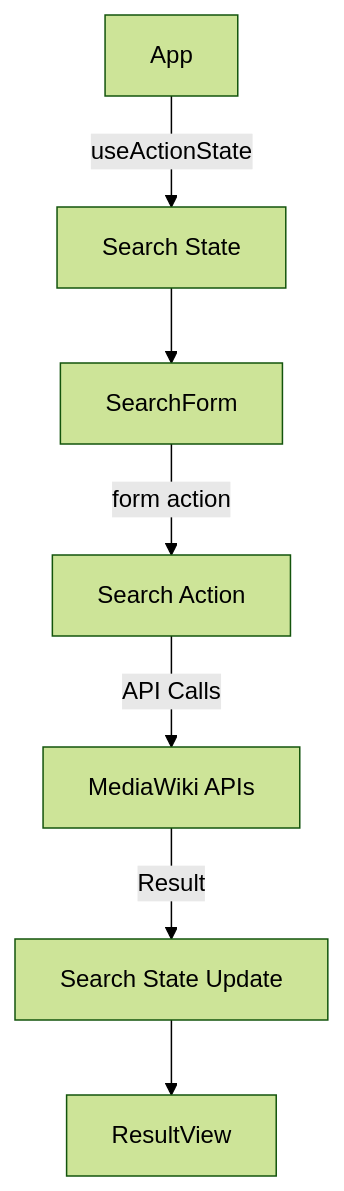
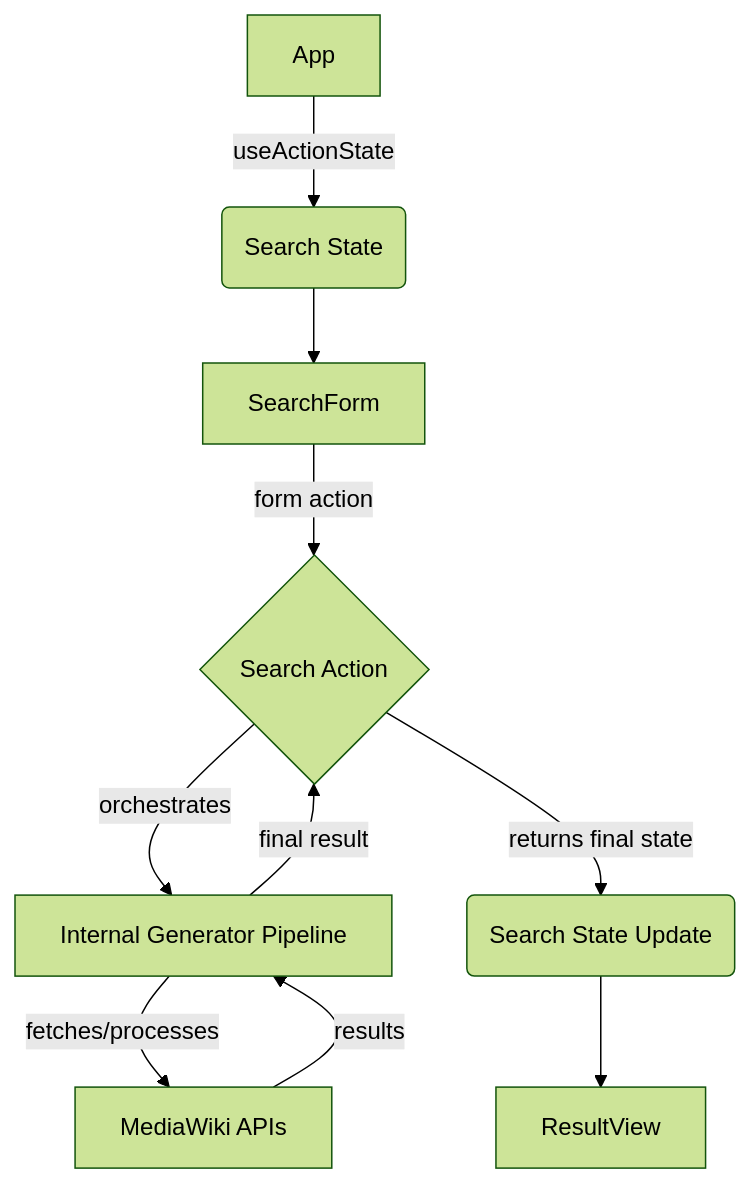
Before and after one commit to Wintus/Wikipedia-Blame: the diagram in architecture-overview.md, drawn with Mermaid (forest theme). The commit also changed other lines of this file, not shown here.

Commit message:
docs: update architecture overview with async generator

````diff
--- a/architecture-overview.md
+++ b/architecture-overview.md
@@ -29,9 +31,12 @@
 ```mermaid
 graph TD
-	A[App] -->|useActionState| B[Search State]
+	A[App] -->|useActionState| B(Search State)
 	B --> C[SearchForm]
-	C -->|form action| D[Search Action]
-	D -->|API Calls| E[MediaWiki APIs]
-	E -->|Result| F[Search State Update]
-	F --> G[ResultView]
+	C -->|form action| D{Search Action}
+	D -->|orchestrates| E[Internal Generator Pipeline]
+	E -->|fetches/processes| F[MediaWiki APIs]
+	F -->|results| E
+	E -->|final result| D
+	D -->|returns final state| G(Search State Update)
+	G --> H[ResultView]
 ```
````
